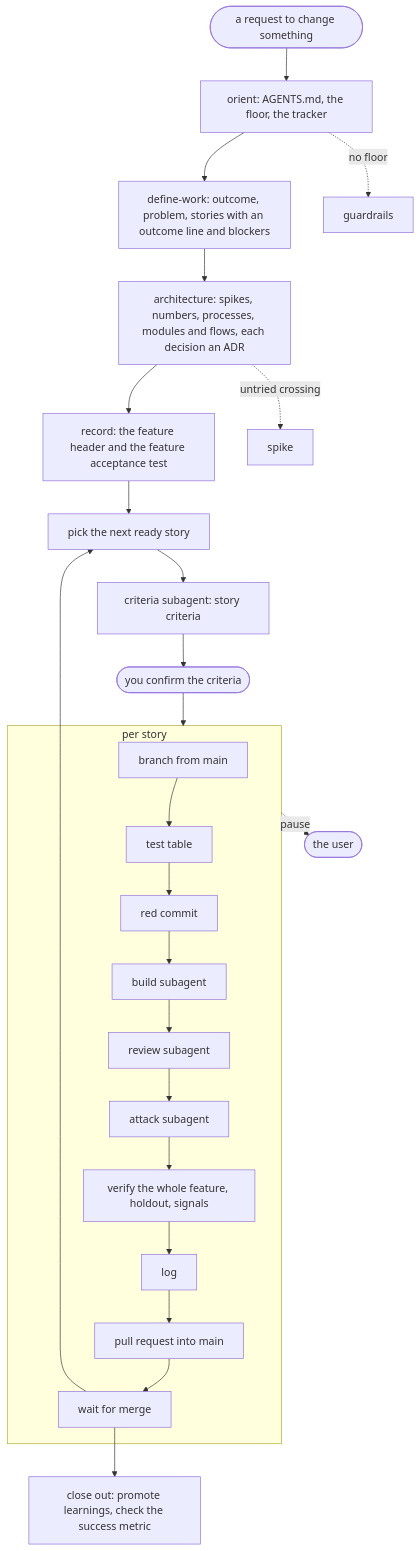
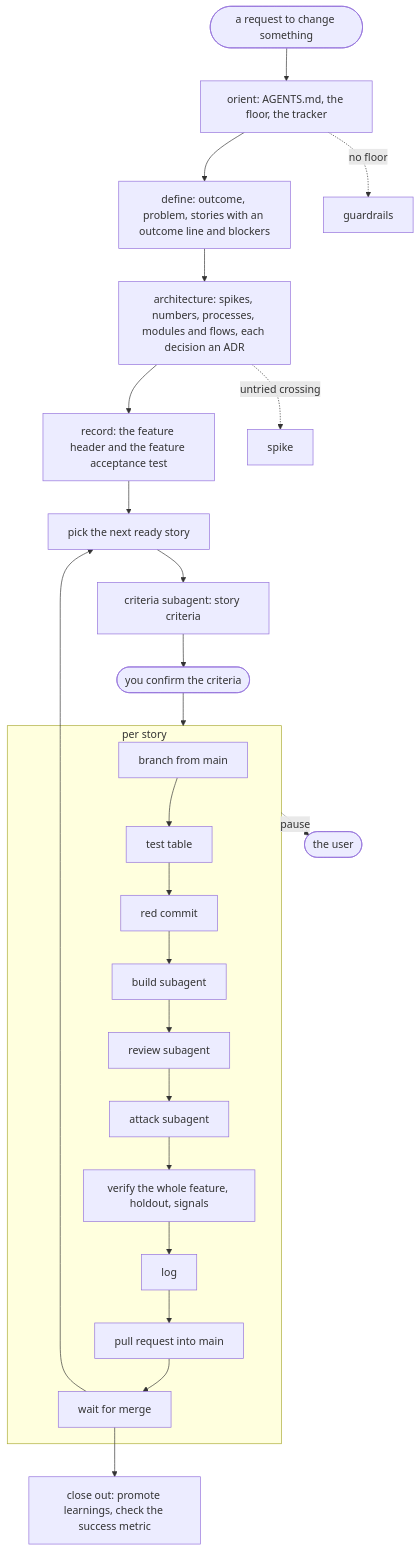
Before and after one commit to DaveBben/skills: the diagram in plugins/SDLC/README.md, drawn with Mermaid. The commit also changed other lines of this file and 25 other files, not shown here.

First line of the commit message:
SDLC 9.0.0: merge define-work and story into define

````diff
--- a/plugins/SDLC/README.md
+++ b/plugins/SDLC/README.md
@@ -42,22 +41,22 @@
 ```mermaid
 flowchart TD
     REQ([a request to change something]) --> OR[orient: AGENTS.md, the floor, the tracker]
-    OR --> FR[define-work: outcome, problem, stories with an outcome line and blockers]
+    OR --> FR[define: outcome, problem, stories with an outcome line and blockers]
     FR --> ARC[architecture: spikes, numbers, processes, modules and flows, each decision an ADR]
     ARC --> REC[record: the feature header and the feature acceptance test]
     REC --> NX[pick the next ready story]
     NX --> CR[criteria subagent: story criteria]
     CR --> OK([you confirm the criteria])
     OK --> SL
 
     subgraph SL [per story]
       BR[branch from main] --> TT[test table] --> RED[red commit] --> BLD[build subagent] --> REV[review subagent] --> ATK[attack subagent] --> VER[verify the whole feature, holdout, signals] --> LOG[log] --> PR[pull request into main] --> MRG[wait for merge]
     end
 
     MRG --> NX
     MRG --> OUT[close out: promote learnings, check the success metric]
 
     SL -. pause .-> USER([the user])
     ARC -. untried crossing .-> SPIKE[spike]
     OR -. no floor .-> HARN[guardrails]
 ```
````
